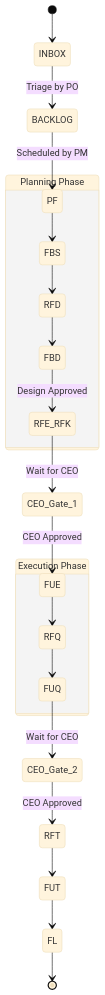
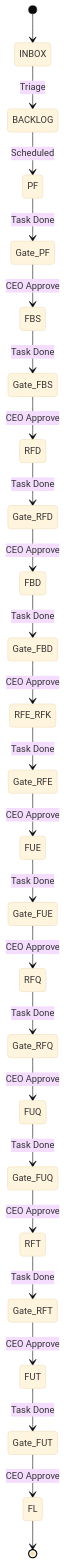
Before and after one commit to KyleL22/yuna-openclaw: the third of 3 diagrams in docs/core/process/SYSTEM_DESIGN_V1_0.md, drawn with Mermaid (base theme). The commit also changed other lines of this file, not shown here.

Commit message:
Docs: Finalize System Design v15.6 (Total Gate Control & 13-Steps Diagram)

````diff
--- a/docs/core/process/SYSTEM_DESIGN_V1_0.md
+++ b/docs/core/process/SYSTEM_DESIGN_V1_0.md
@@ -220,28 +221,38 @@
 ```mermaid
 stateDiagram-v2
     [*] --> INBOX
-    INBOX --> BACKLOG : Triage by PO
-    BACKLOG --> PF : Scheduled by PM
+    INBOX --> BACKLOG : Triage
+    BACKLOG --> PF : Scheduled
+    
+    PF --> Gate_PF : Task Done
+    Gate_PF --> FBS : CEO Approve
 
-    state "Planning Phase" as Planning {
-        PF --> FBS
-        FBS --> RFD
-        RFD --> FBD
-        FBD --> RFE_RFK : Design Approved
-    }
+    FBS --> Gate_FBS : Task Done
+    Gate_FBS --> RFD : CEO Approve
+
+    RFD --> Gate_RFD : Task Done
+    Gate_RFD --> FBD : CEO Approve
+
+    FBD --> Gate_FBD : Task Done
+    Gate_FBD --> RFE_RFK : CEO Approve
+
+    RFE_RFK --> Gate_RFE : Task Done
+    Gate_RFE --> FUE : CEO Approve
+
+    FUE --> Gate_FUE : Task Done
+    Gate_FUE --> RFQ : CEO Approve
+
+    RFQ --> Gate_RFQ : Task Done
+    Gate_RFQ --> FUQ : CEO Approve
+
+    FUQ --> Gate_FUQ : Task Done
+    Gate_FUQ --> RFT : CEO Approve
+
+    RFT --> Gate_RFT : Task Done
+    Gate_RFT --> FUT : CEO Approve
+
+    FUT --> Gate_FUT : Task Done
+    Gate_FUT --> FL : CEO Approve
     
-    RFE_RFK --> CEO_Gate_1 : Wait for CEO
-    CEO_Gate_1 --> FUE : CEO Approved
-
-    state "Execution Phase" as Execution {
-        FUE --> RFQ
-        RFQ --> FUQ
-    }
-    
-    FUQ --> CEO_Gate_2 : Wait for CEO
-    CEO_Gate_2 --> RFT : CEO Approved
-    
-    RFT --> FUT
-    FUT --> FL
     FL --> [*]
 ```
````
